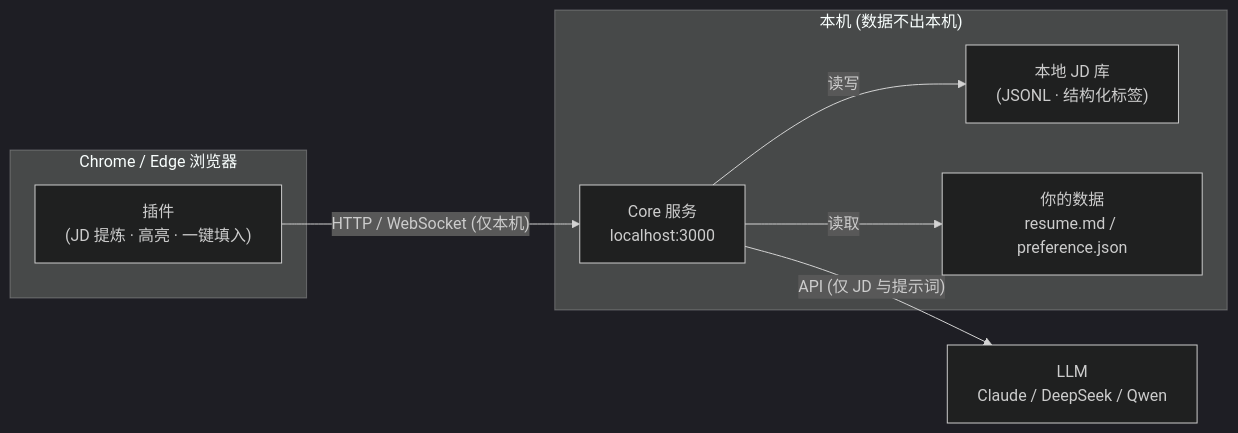
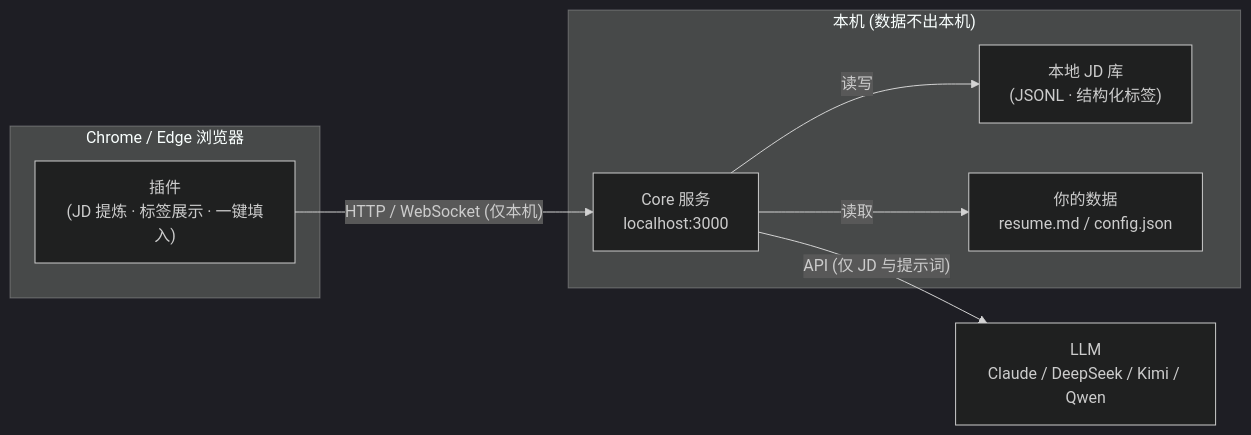
Before and after one commit to xxwj225-James/tomi-job-hunt: the diagram in README.md, drawn with Mermaid (dark theme). The commit also changed other lines of this file and 4 other files, not shown here.

````diff
--- a/README.md
+++ b/README.md
@@ -25,19 +25,19 @@
 ```mermaid
 flowchart LR
     subgraph Browser["Chrome / Edge 浏览器"]
-        Ext["插件<br/>(JD 提炼 · 高亮 · 一键填入)"]
+        Ext["插件<br/>(JD 提炼 · 标签展示 · 一键填入)"]
     end
 
     subgraph Local["本机 (数据不出本机)"]
         Core["Core 服务<br/>localhost:3000"]
         Store["本地 JD 库<br/>(JSONL · 结构化标签)"]
-        Data["你的数据<br/>resume.md / preference.json"]
+        Data["你的数据<br/>resume.md / config.json"]
         Core -->|读写| Store
         Core -->|读取| Data
     end
 
-    LLM["LLM<br/>Claude / DeepSeek / Qwen"]
+    LLM["LLM<br/>Claude / DeepSeek / Kimi / Qwen"]
 
     Ext -->|"HTTP / WebSocket (仅本机)"| Core
     Core -->|"API (仅 JD 与提示词)"| LLM
 ```
````
